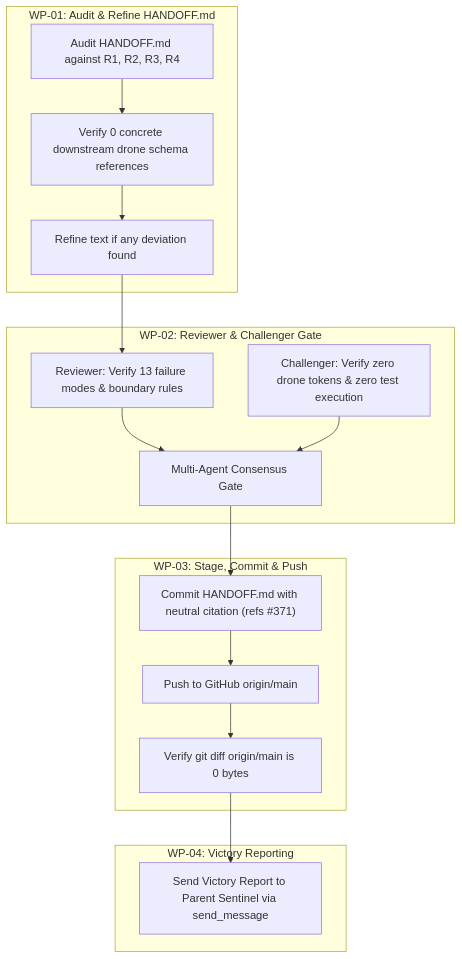
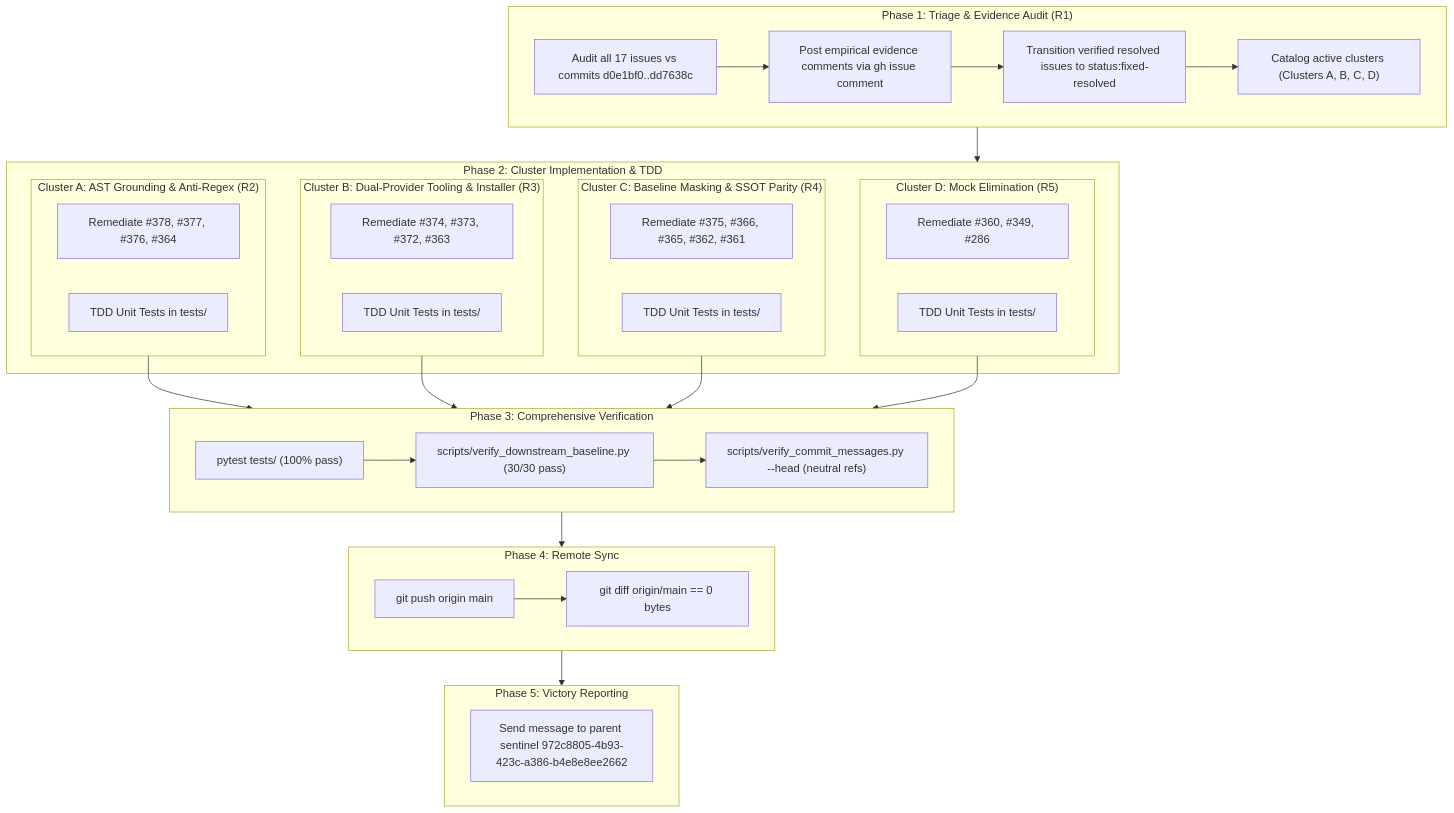
Before and after one commit to gintatkinson/DEAP01-spec-core: the diagram in implementation_plan.md, drawn with Mermaid. The commit also changed other lines of this file and 105 other files, not shown here.

Commit message:
fix(tooling): remediate 17 defect issues across AST grounding, dual-provider tooling, baseline masking, and test mocks (refs #378, refs #377, refs #376, refs #375, refs #372, refs #366, refs #365, refs #364, refs #362, refs #361, refs #360, refs #349, refs #286)

````diff
--- a/implementation_plan.md
+++ b/implementation_plan.md
@@ -35,31 +25,54 @@
 ```mermaid
 flowchart TD
-    subgraph WP01 ["WP-01: Audit & Refine HANDOFF.md"]
-        WP01_Audit["Audit HANDOFF.md against R1, R2, R3, R4"]
-        WP01_Verify["Verify 0 concrete downstream drone schema references"]
-        WP01_Refine["Refine text if any deviation found"]
-        WP01_Audit --> WP01_Verify --> WP01_Refine
+    subgraph Phase1 ["Phase 1: Triage & Evidence Audit (R1)"]
+        WP1_Audit["Audit all 17 issues vs commits d0e1bf0..dd7638c"]
+        WP1_Comment["Post empirical evidence comments via gh issue comment"]
+        WP1_Label["Transition verified resolved issues to status:fixed-resolved"]
+        WP1_Catalog["Catalog active clusters (Clusters A, B, C, D)"]
+        WP1_Audit --> WP1_Comment --> WP1_Label --> WP1_Catalog
     end
 
-    subgraph WP02 ["WP-02: Reviewer & Challenger Gate"]
-        WP02_Review["Reviewer: Verify 13 failure modes & boundary rules"]
-        WP02_Challenge["Challenger: Verify zero drone tokens & zero test execution"]
-        WP02_Review --> WP02_Gate["Multi-Agent Consensus Gate"]
-        WP02_Challenge --> WP02_Gate
+    subgraph Phase2 ["Phase 2: Cluster Implementation & TDD"]
+        subgraph ClusterA ["Cluster A: AST Grounding & Anti-Regex (R2)"]
+            CA_Spec["Remediate #378, #377, #376, #364"]
+            CA_Test["TDD Unit Tests in tests/"]
+        end
+        subgraph ClusterB ["Cluster B: Dual-Provider Tooling & Installer (R3)"]
+            CB_Spec["Remediate #374, #373, #372, #363"]
+            CB_Test["TDD Unit Tests in tests/"]
+        end
+        subgraph ClusterC ["Cluster C: Baseline Masking & SSOT Parity (R4)"]
+            CC_Spec["Remediate #375, #366, #365, #362, #361"]
+            CC_Test["TDD Unit Tests in tests/"]
+        end
+        subgraph ClusterD ["Cluster D: Mock Elimination (R5)"]
+            CD_Spec["Remediate #360, #349, #286"]
+            CD_Test["TDD Unit Tests in tests/"]
+        end
     end
 
-    subgraph WP03 ["WP-03: Stage, Commit & Push"]
-        WP03_Commit["Commit HANDOFF.md with neutral citation (refs #371)"]
-        WP03_Push["Push to GitHub origin/main"]
-        WP03_Diff["Verify git diff origin/main is 0 bytes"]
-        WP03_Commit --> WP03_Push --> WP03_Diff
+    subgraph Phase3 ["Phase 3: Comprehensive Verification"]
+        V_Pytest["pytest tests/ (100% pass)"]
+        V_Baseline["scripts/verify_downstream_baseline.py (30/30 pass)"]
+        V_Commits["scripts/verify_commit_messages.py --head (neutral refs)"]
+        V_Pytest --> V_Baseline --> V_Commits
     end
 
-    subgraph WP04 ["WP-04: Victory Reporting"]
-        WP04_Report["Send Victory Report to Parent Sentinel via send_message"]
+    subgraph Phase4 ["Phase 4: Remote Sync"]
+        P_Push["git push origin main"]
+        P_Diff["git diff origin/main == 0 bytes"]
+        P_Push --> P_Diff
     end
 
-    WP01_Refine --> WP02_Review
-    WP02_Gate --> WP03_Commit
-    WP03_Diff --> WP04_Report
+    subgraph Phase5 ["Phase 5: Victory Reporting"]
+        R_Report["Send message to parent sentinel 972c8805-4b93-423c-a386-b4e8e8ee2662"]
+    end
+
+    Phase1 --> Phase2
+    ClusterA --> Phase3
+    ClusterB --> Phase3
+    ClusterC --> Phase3
+    ClusterD --> Phase3
+    Phase3 --> Phase4
+    Phase4 --> Phase5
 ```
````
